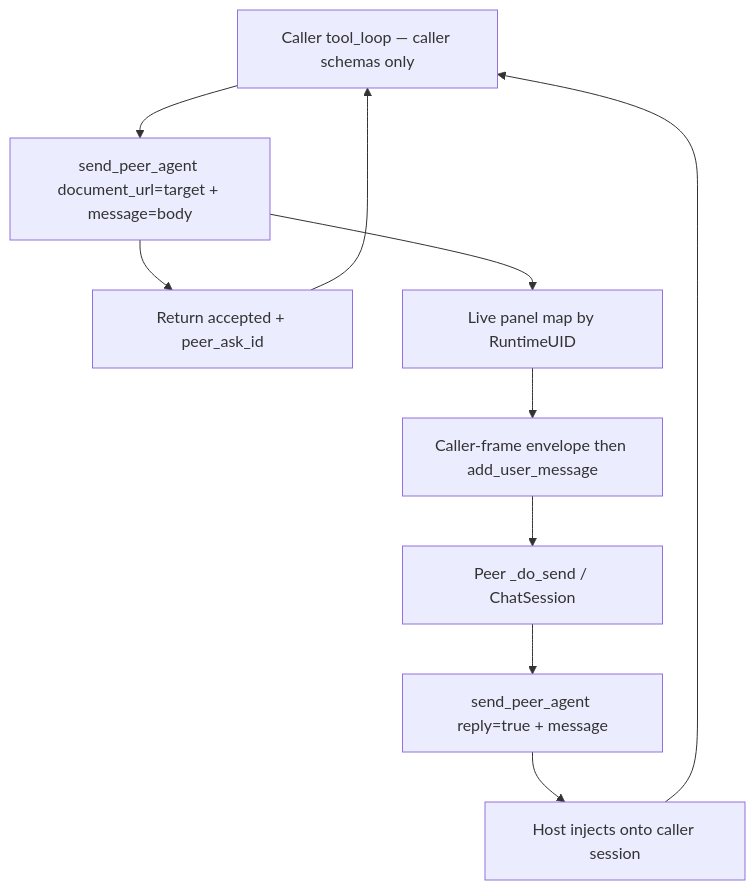
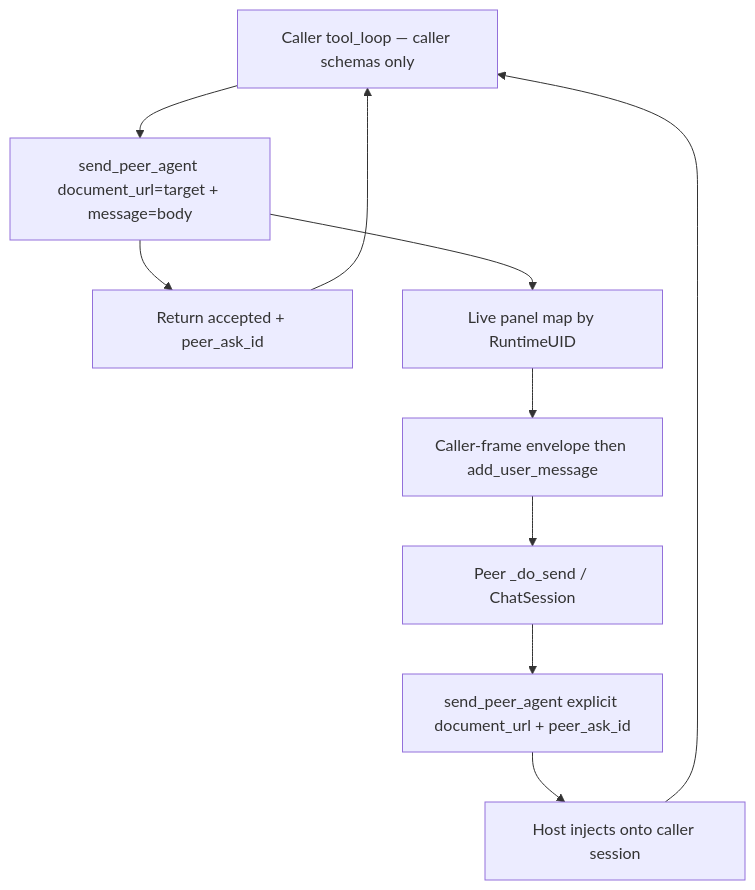
One commit to KeithCu/localwriter changed the second of 2 diagrams in docs/chat/peer-messaging.md. Above: the diagram before and after it, drawn with Mermaid. The commit also changed other lines of this file, not shown here.

First line of the commit message:
Drop last_peer_from and reply=true from peer send.

````diff
--- a/docs/chat/peer-messaging.md
+++ b/docs/chat/peer-messaging.md
@@ -243,14 +240,14 @@
 ```mermaid
 flowchart TD
   Caller["Caller tool_loop — caller schemas only"]
   Send["send_peer_agent document_url=target + message=body"]
   Accept["Return accepted + peer_ask_id"]
   Map["Live panel map by RuntimeUID"]
   Inject["Caller-frame envelope then add_user_message"]
   PeerSend["Peer _do_send / ChatSession"]
-  Reply["send_peer_agent reply=true + message"]
+  Reply["send_peer_agent explicit document_url + peer_ask_id"]
   Back["Host injects onto caller session"]
 
   Caller --> Send --> Accept --> Caller
   Send --> Map --> Inject --> PeerSend --> Reply --> Back --> Caller
 ```
````
